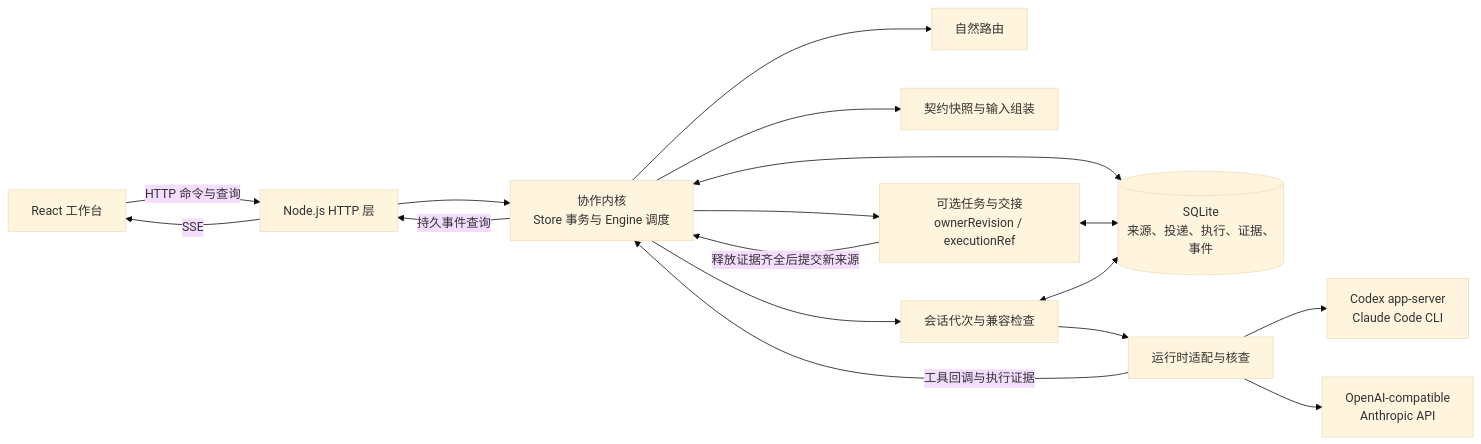
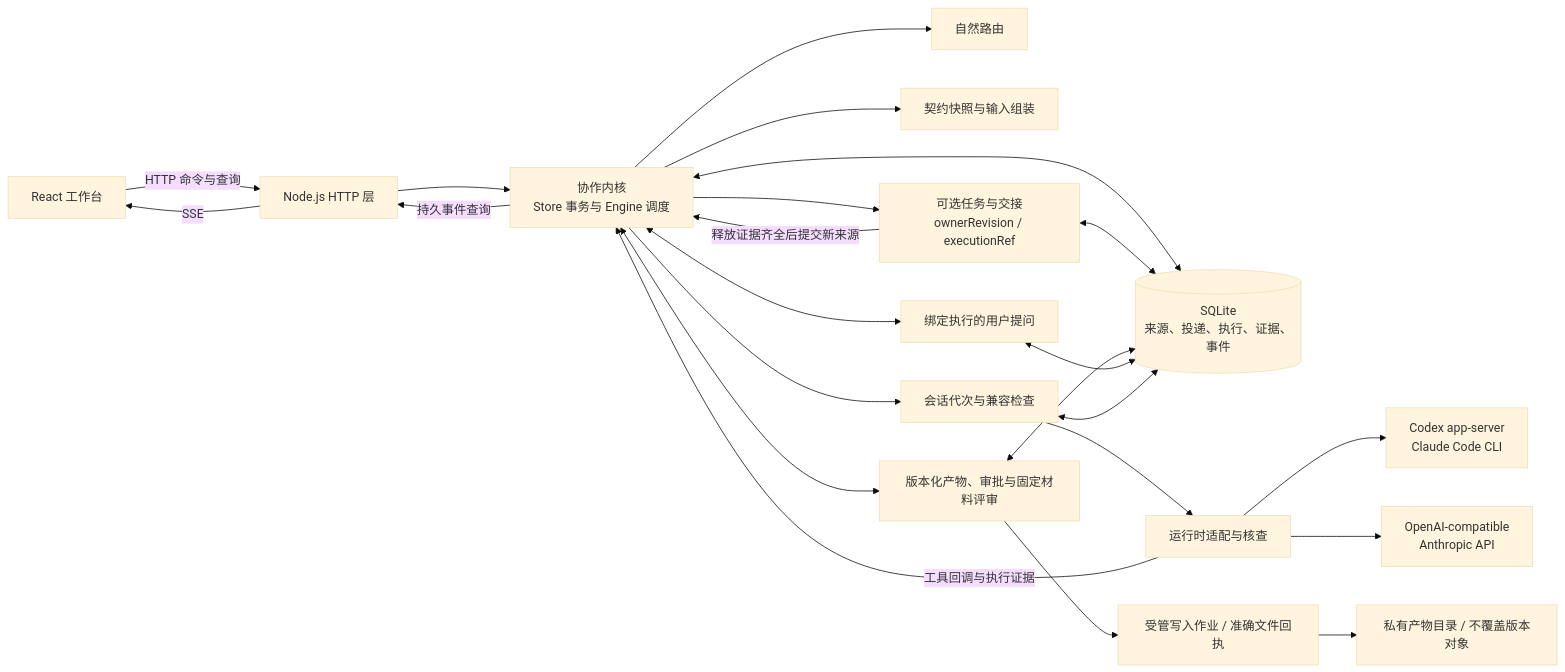
The first of 2 diagrams in README.md (cat15926/HydraOcto), drawn with Mermaid (base theme) before and after one commit. The commit also changed other lines of this file and 31 other files, not shown here.

````diff
--- a/README.md
+++ b/README.md
@@ -25,19 +25,25 @@
 ```mermaid
 flowchart LR
   UI["React 工作台"] -->|"HTTP 命令与查询"| HTTP["Node.js HTTP 层"]
   HTTP --> CORE["协作内核<br/>Store 事务与 Engine 调度"]
   CORE --> ROUTE["自然路由"]
   CORE --> CONTEXT["契约快照与输入组装"]
   CORE <--> DB[("SQLite<br/>来源、投递、执行、证据、事件")]
   CORE --> TASK["可选任务与交接<br/>ownerRevision / executionRef"]
   TASK <--> DB
   TASK -->|"释放证据齐全后提交新来源"| CORE
   CORE --> SESSION["会话代次与兼容检查"]
+  CORE <--> ARTIFACT["版本化产物、审批与固定材料评审"]
+  ARTIFACT <--> DB
+  ARTIFACT --> JOB["受管写入作业 / 准确文件回执"]
+  JOB --> FILES["私有产物目录 / 不覆盖版本对象"]
+  CORE <--> QUESTION["绑定执行的用户提问"]
+  QUESTION <--> DB
   SESSION <--> DB
   SESSION --> RUNTIME["运行时适配与核查"]
   RUNTIME --> CLI["Codex app-server<br/>Claude Code CLI"]
   RUNTIME --> API["OpenAI-compatible<br/>Anthropic API"]
   RUNTIME -->|"工具回调与执行证据"| CORE
   CORE -->|"持久事件查询"| HTTP
   HTTP -->|"SSE"| UI
 ```
````
